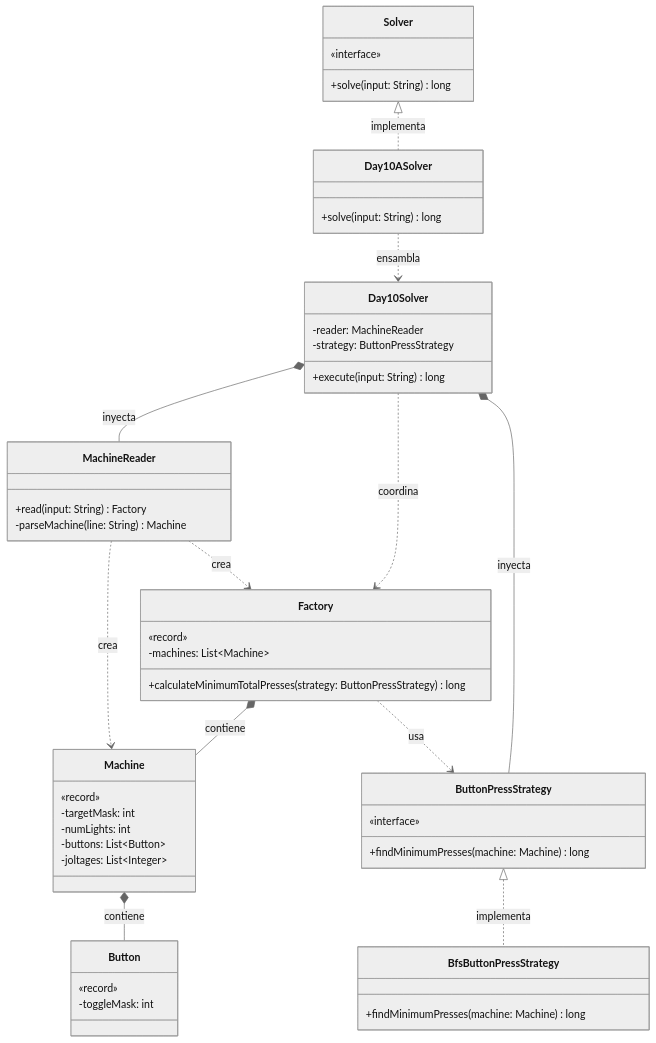
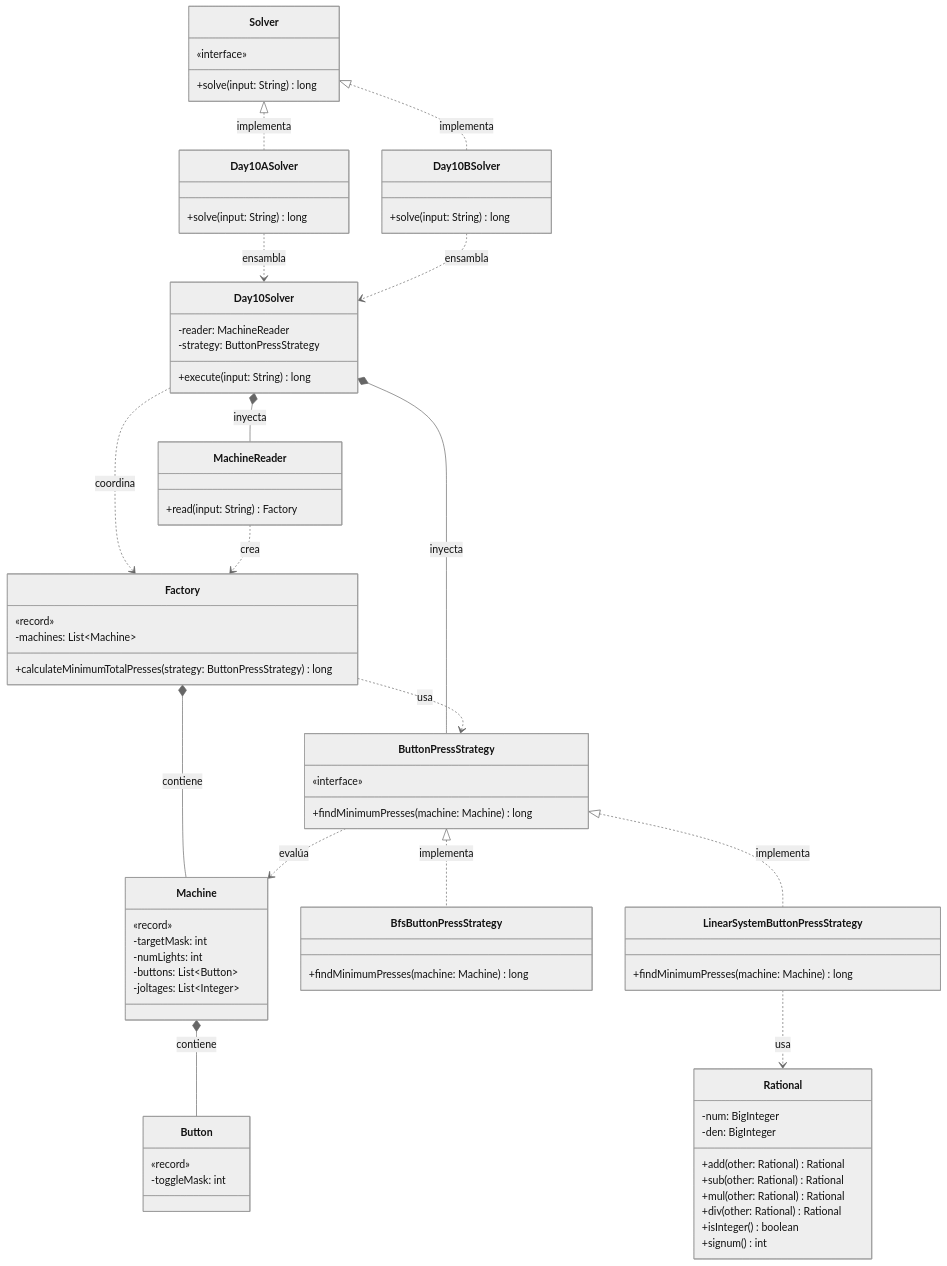
One commit to ivanperezdiaz829/AoC2025 changed the diagram in src/main/java/software/aoc/day10/README.md. Above: the diagram before and after it, drawn with Mermaid (neutral theme). The commit also changed other lines of this file and 8 other files, not shown here.

````diff
--- a/src/main/java/software/aoc/day10/README.md
+++ b/src/main/java/software/aoc/day10/README.md
@@ -40,6 +49,10 @@
   }
 
   class Day10ASolver {
+    +solve(input: String) long
+  }
+
+  class Day10BSolver {
     +solve(input: String) long
   }
 
@@ -77,17 +90,34 @@
     +findMinimumPresses(machine: Machine) long
   }
 
+  class LinearSystemButtonPressStrategy {
+    +findMinimumPresses(machine: Machine) long
+  }
+
+  class Rational {
+    -num: BigInteger
+    -den: BigInteger
+    +add(other: Rational) Rational
+    +sub(other: Rational) Rational
+    +mul(other: Rational) Rational
+    +div(other: Rational) Rational
+    +isInteger() boolean
+    +signum() int
+  }
+
   class MachineReader {
     +read(input: String) Factory
-    -parseMachine(line: String) Machine
   }
 
 %% Relaciones de Implementación
   Solver <|.. Day10ASolver : implementa
+  Solver <|.. Day10BSolver : implementa
   ButtonPressStrategy <|.. BfsButtonPressStrategy : implementa
+  ButtonPressStrategy <|.. LinearSystemButtonPressStrategy : implementa
 
 %% Relaciones de Ensamblaje e Inyección
   Day10ASolver ..> Day10Solver : ensambla
+  Day10BSolver ..> Day10Solver : ensambla
   Day10Solver *-- MachineReader : inyecta
   Day10Solver *-- ButtonPressStrategy : inyecta
 
@@ -96,6 +126,7 @@
   Factory *-- Machine : contiene
   Factory ..> ButtonPressStrategy : usa
   Machine *-- Button : contiene
+  ButtonPressStrategy ..> Machine : evalúa
+  LinearSystemButtonPressStrategy ..> Rational : usa
   MachineReader ..> Factory : crea
-  MachineReader ..> Machine : crea
 ```
````
